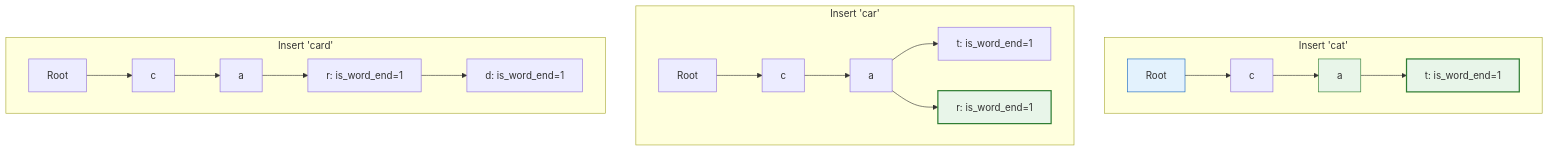
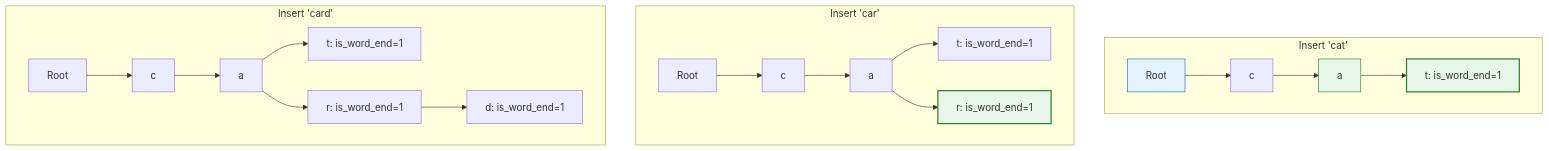
The second of 5 diagrams in site/docs/unit4/theory/unit4_03_tries.md (imyash0722/SEM3-DSA-UE25CS52A-STUDY-MATERIAL), drawn with Mermaid before and after one commit. The commit also changed 6 other files, not shown here.

Commit message:
Fix Double Hashing algorithm flow, collision calculations, and Trie step visualization

````diff
--- a/site/docs/unit4/theory/unit4_03_tries.md
+++ b/site/docs/unit4/theory/unit4_03_tries.md
@@ -79,32 +79,34 @@
 ```mermaid
 graph TD
     subgraph Step1["Insert 'cat'"]
         R1[Root] --> C1[c]
         C1 --> A1[a]
         T1["t: is_word_end=1"]
         A1 --> T1
     end
     
     subgraph Step2["Insert 'car'"]
         R2[Root] --> C2[c]
         C2 --> A2[a]
         T2["t: is_word_end=1"]
         R2b["r: is_word_end=1"]
         A2 --> T2
         A2 --> R2b
     end
     
     subgraph Step3["Insert 'card'"]
         R3[Root] --> C3[c]
         C3 --> A3[a]
+        T3["t: is_word_end=1"]
         R3b["r: is_word_end=1"]
         D3["d: is_word_end=1"]
+        A3 --> T3
         A3 --> R3b
         R3b --> D3
     end
     
     style R1 fill:#e3f2fd,stroke:#1565c0
     style A1 fill:#e8f5e9,stroke:#2e7d32
     style T1 fill:#e8f5e9,stroke:#2e7d32,stroke-width:2px
     style R2b fill:#e8f5e9,stroke:#2e7d32,stroke-width:2px
 ```
````
